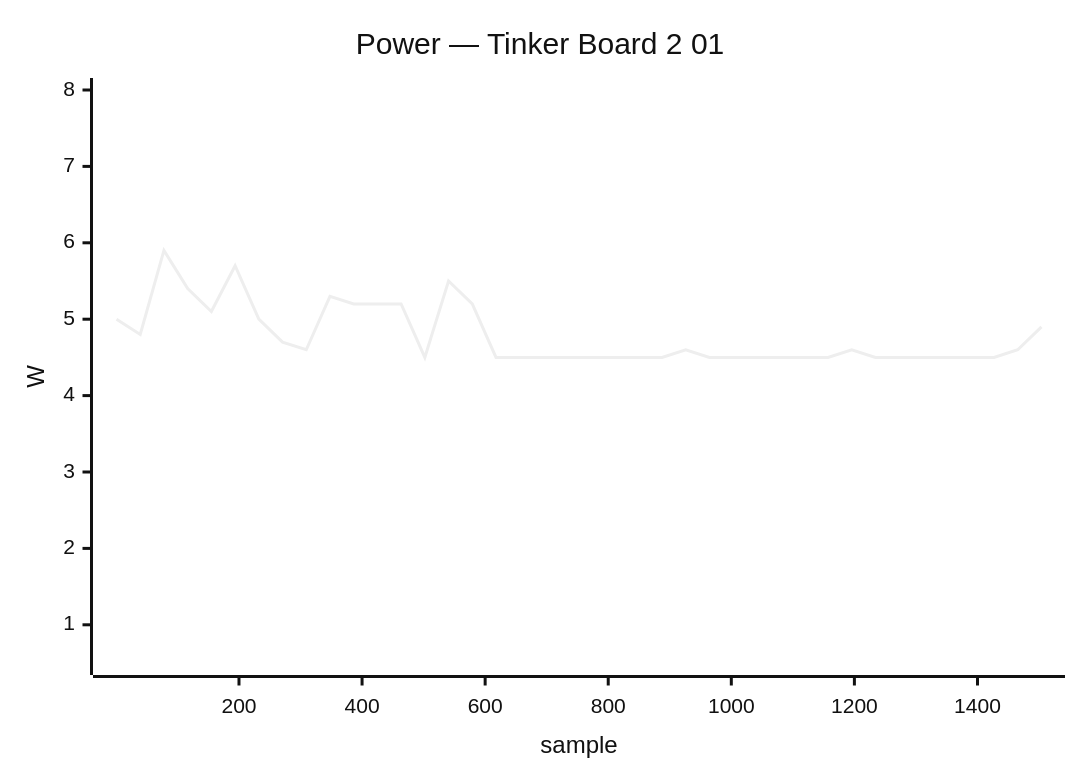
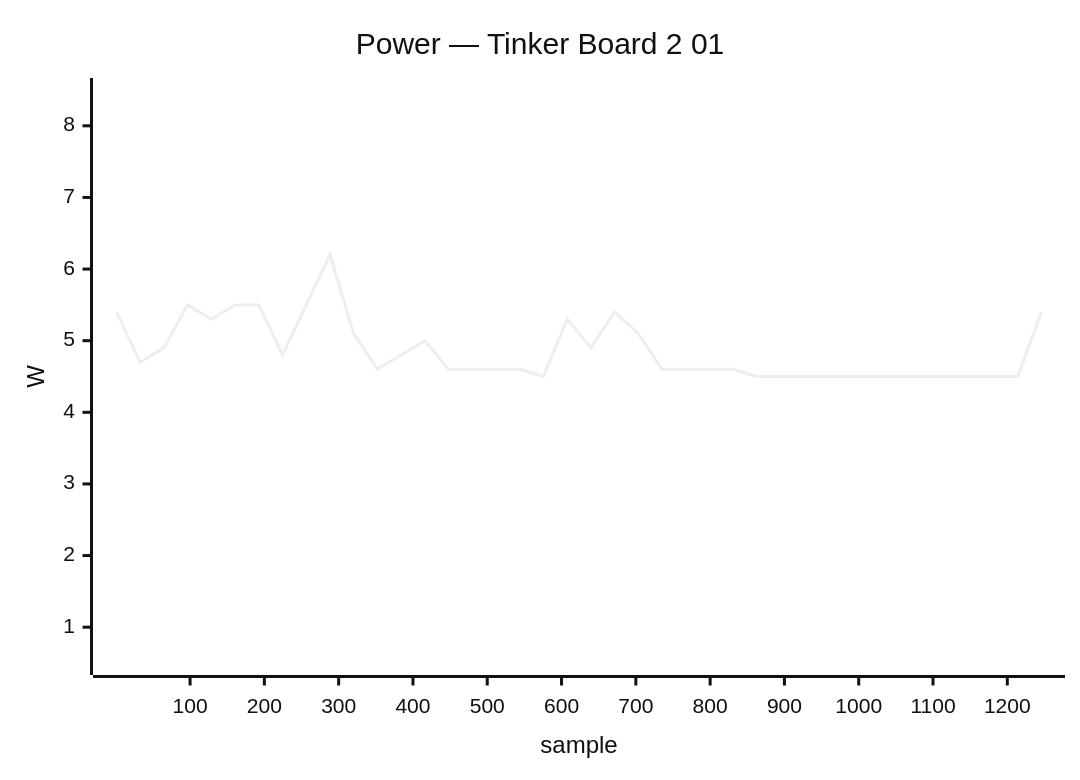
The ninth of 50 diagrams in docs/status/board-tests.md (armbian/documentation), drawn with Mermaid (neutral theme) before and after one commit. The commit also changed other lines of this file, not shown here.

````diff
--- a/docs/status/board-tests.md
+++ b/docs/status/board-tests.md
@@ -388,7 +449,7 @@
 ```mermaid
 xychart-beta
     title "Power — Tinker Board 2 01"
-    x-axis "sample" 1 --> 1504
-    y-axis "W" 0.5 --> 8.0
-    line [5.0, 4.8, 5.9, 5.4, 5.1, 5.7, 5.0, 4.7, 4.6, 5.3, 5.2, 5.2, 5.2, 4.5, 5.5, 5.2, 4.5, 4.5, 4.5, 4.5, 4.5, 4.5, 4.5, 4.5, 4.6, 4.5, 4.5, 4.5, 4.5, 4.5, 4.5, 4.6, 4.5, 4.5, 4.5, 4.5, 4.5, 4.5, 4.6, 4.9]
+    x-axis "sample" 1 --> 1246
+    y-axis "W" 0.5 --> 8.5
+    line [5.4, 4.7, 4.9, 5.5, 5.3, 5.5, 5.5, 4.8, 5.5, 6.2, 5.1, 4.6, 4.8, 5.0, 4.6, 4.6, 4.6, 4.6, 4.5, 5.3, 4.9, 5.4, 5.1, 4.6, 4.6, 4.6, 4.6, 4.5, 4.5, 4.5, 4.5, 4.5, 4.5, 4.5, 4.5, 4.5, 4.5, 4.5, 4.5, 5.4]
 ```
````
